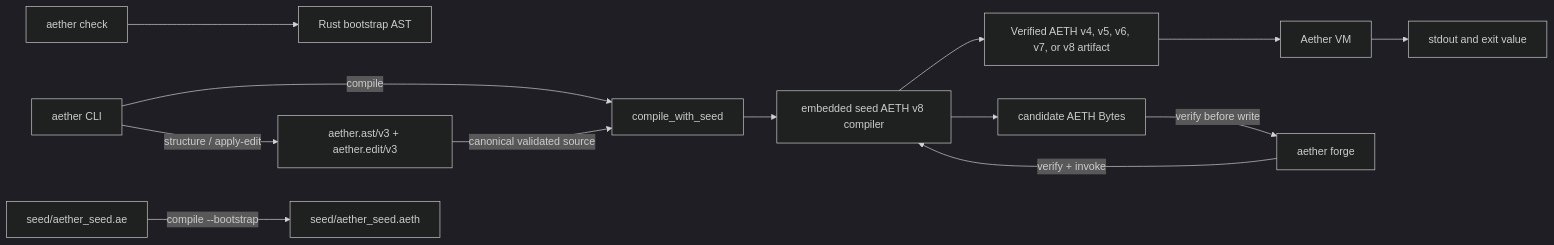
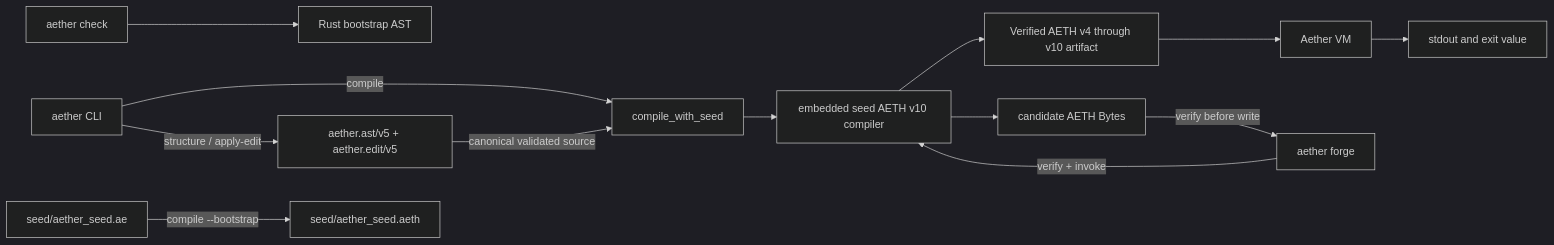
The diagram in docs/ARCHITECTURE.md (MrWizard94-Compile/XLang), drawn with Mermaid (dark theme) before and after one commit. The commit also changed other lines of this file and 9 other files, not shown here.

```diff
--- a/docs/ARCHITECTURE.md
+++ b/docs/ARCHITECTURE.md
@@ -3,15 +3,15 @@
 ~~~mermaid
 flowchart LR
     CLI["aether CLI"] -->|"compile"| SeedPath["compile_with_seed"]
-    CLI -->|"structure / apply-edit"| Authoring["aether.ast/v3 + aether.edit/v3"]
+    CLI -->|"structure / apply-edit"| Authoring["aether.ast/v5 + aether.edit/v5"]
     Authoring -->|"canonical validated source"| SeedPath
-    SeedPath --> SeedArt["embedded seed AETH v8 compiler"]
-    SeedArt --> Artifact["Verified AETH v4, v5, v6, v7, or v8 artifact"]
+    SeedPath --> SeedArt["embedded seed AETH v10 compiler"]
+    SeedArt --> Artifact["Verified AETH v4 through v10 artifact"]
     Artifact --> VM["Aether VM"]
     VM --> Result["stdout and exit value"]
     Check["aether check"] --> Bootstrap["Rust bootstrap AST"]
     SeedSrc["seed/aether_seed.ae"] -->|"compile --bootstrap"| SeedArtFile["seed/aether_seed.aeth"]
     Forge["aether forge"] -->|"verify + invoke"| SeedArt
     SeedArt --> Candidate["candidate AETH Bytes"]
     Candidate -->|"verify before write"| Forge
 ~~~
```
